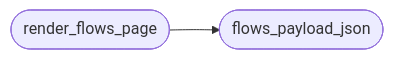
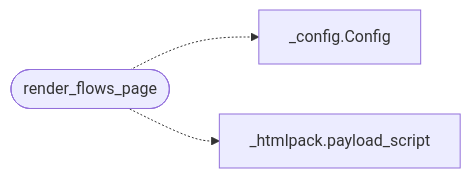
The diagram in readmenator-apidocs/modules/readmenator._flowpage.py.md (grisuno/ReadMenator), drawn with Mermaid before and after one commit. The commit also changed other lines of this file and 304 other files, not shown here.

````diff
--- a/readmenator-apidocs/modules/readmenator._flowpage.py.md
+++ b/readmenator-apidocs/modules/readmenator._flowpage.py.md
@@ -26,6 +26,8 @@
 ```mermaid
 flowchart LR
     n_readmenator__flowpage_py__render_flows_page(["render_flows_page"])
-    n_readmenator__flowpage_py__flows_payload_json(["flows_payload_json"])
-    n_readmenator__flowpage_py__render_flows_page --> n_readmenator__flowpage_py__flows_payload_json
+    n_readmenator__config_py__Config["_config.Config"]
+    n_readmenator__htmlpack_py__payload_script["_htmlpack.payload_script"]
+    n_readmenator__flowpage_py__render_flows_page -.-> n_readmenator__config_py__Config
+    n_readmenator__flowpage_py__render_flows_page -.-> n_readmenator__htmlpack_py__payload_script
 ```
````
